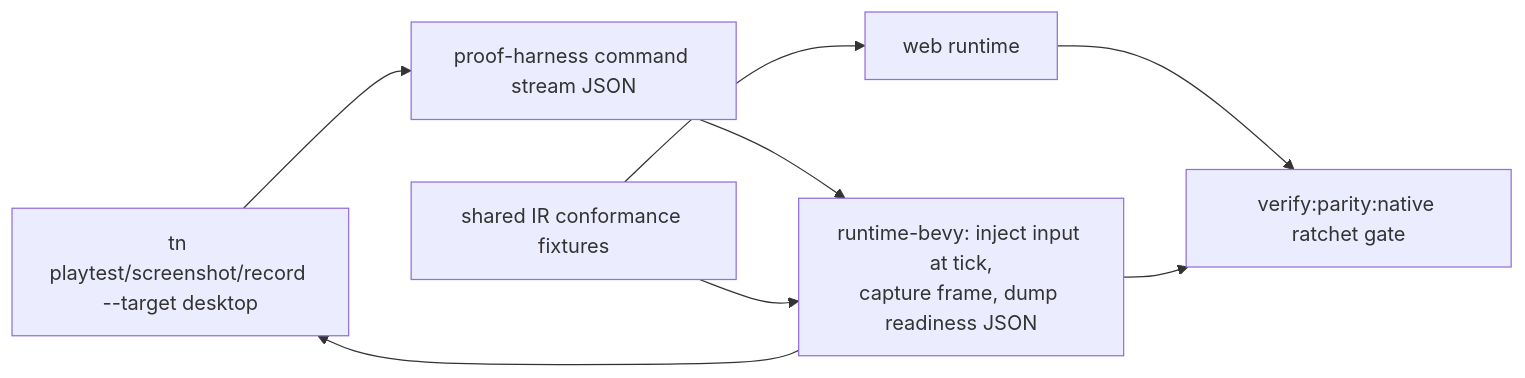
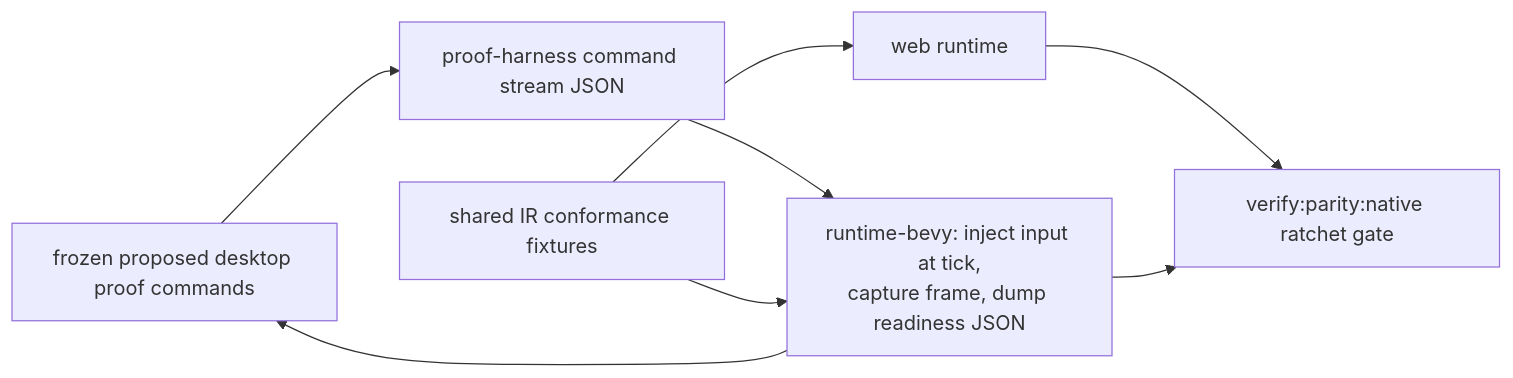
One commit to jonit-dev/threejs-to-bevy changed the diagram in docs/PRDs/proof-first-engine-loop-2026-07-05/PRD-002-native-parity-closure-and-proof-loop.md. Above: the diagram before and after it, drawn with Mermaid. The commit also changed other lines of this file and 16 other files, not shown here.

````diff
--- a/docs/PRDs/proof-first-engine-loop-2026-07-05/PRD-002-native-parity-closure-and-proof-loop.md
+++ b/docs/PRDs/proof-first-engine-loop-2026-07-05/PRD-002-native-parity-closure-and-proof-loop.md
@@ -95,10 +104,10 @@
 ```mermaid
 flowchart LR
-    CLI[tn playtest/screenshot/record --target desktop] --> H[proof-harness command stream JSON]
+    CLI[frozen proposed desktop proof commands] --> H[proof-harness command stream JSON]
     H --> B[runtime-bevy: inject input at tick,<br/>capture frame, dump readiness JSON]
     B --> CLI
     F[shared IR conformance fixtures] --> W[web runtime]
     F --> B
     W --> G[verify:parity:native ratchet gate]
     B --> G
 ```
````
